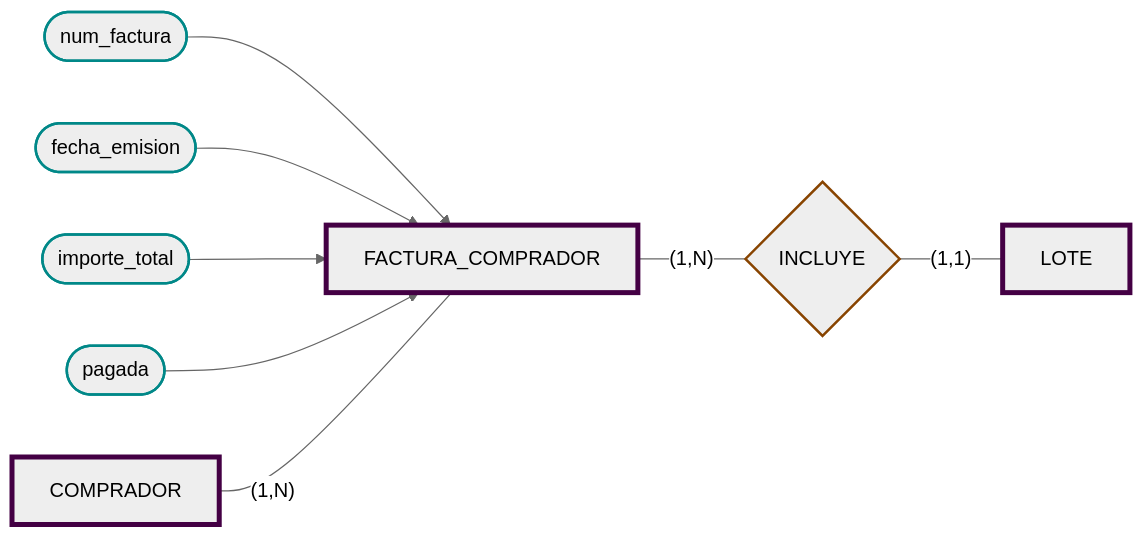
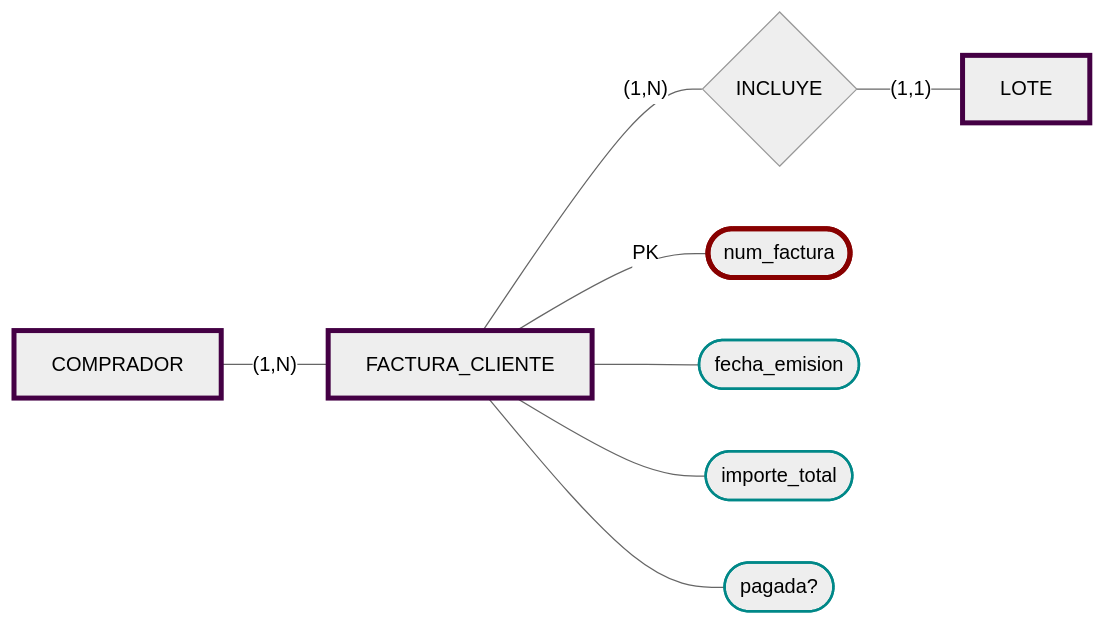
One commit to JulTob/Data changed the ninth of 14 diagrams in DataBases/lonja_DB.md. Above: the diagram before and after it, drawn with Mermaid (neutral theme). The commit also changed other lines of this file, not shown here.

````diff
--- a/DataBases/lonja_DB.md
+++ b/DataBases/lonja_DB.md
@@ -391,22 +469,26 @@
 ```mermaid
 flowchart LR
+  classDef atributo stroke:#088,stroke-width:2px;
+  classDef derivado stroke-width:3px, stroke-dasharray:3 3;
+  classDef pk stroke:#800,stroke-width:4px;
+  classDef fk stroke:#080,stroke-width:4px;
   classDef entidad stroke:#404,stroke-width:4px;
-  classDef relacion stroke:#840,stroke-width:2px;
-  classDef atributo stroke:#088,stroke-width:2px;
+  classDef multientidad stroke:#808,stroke-width:8px;
+  classDef pkfk stroke:#880,stroke-width:4px;
 
   Comprador[COMPRADOR]:::entidad
-  Factura[FACTURA_COMPRADOR]:::entidad
+  Factura[FACTURA_CLIENTE]:::entidad
   Lote[LOTE]:::entidad
   Incluye{INCLUYE}:::relacion
 
-  num_fact([num_factura]):::atributo --> Factura
-  fecha_emision([fecha_emision]):::atributo --> Factura
-  importe_total([importe_total]):::atributo --> Factura
-  estado([pagada]):::atributo --> Factura
+  Factura ---|PK| num_fact([num_factura]):::pk 
+  Factura --- fecha_emision([fecha_emision]):::atributo  
+  Factura --- importe_total([importe_total]):::atributo 
+  Factura --- estado([pagada?]):::atributo 
 
   Factura ---|"(1,N)"| Incluye
   Incluye ---|"(1,1)"| Lote
 
   Comprador ---|"(1,N)"| Factura
 
 ```
````
